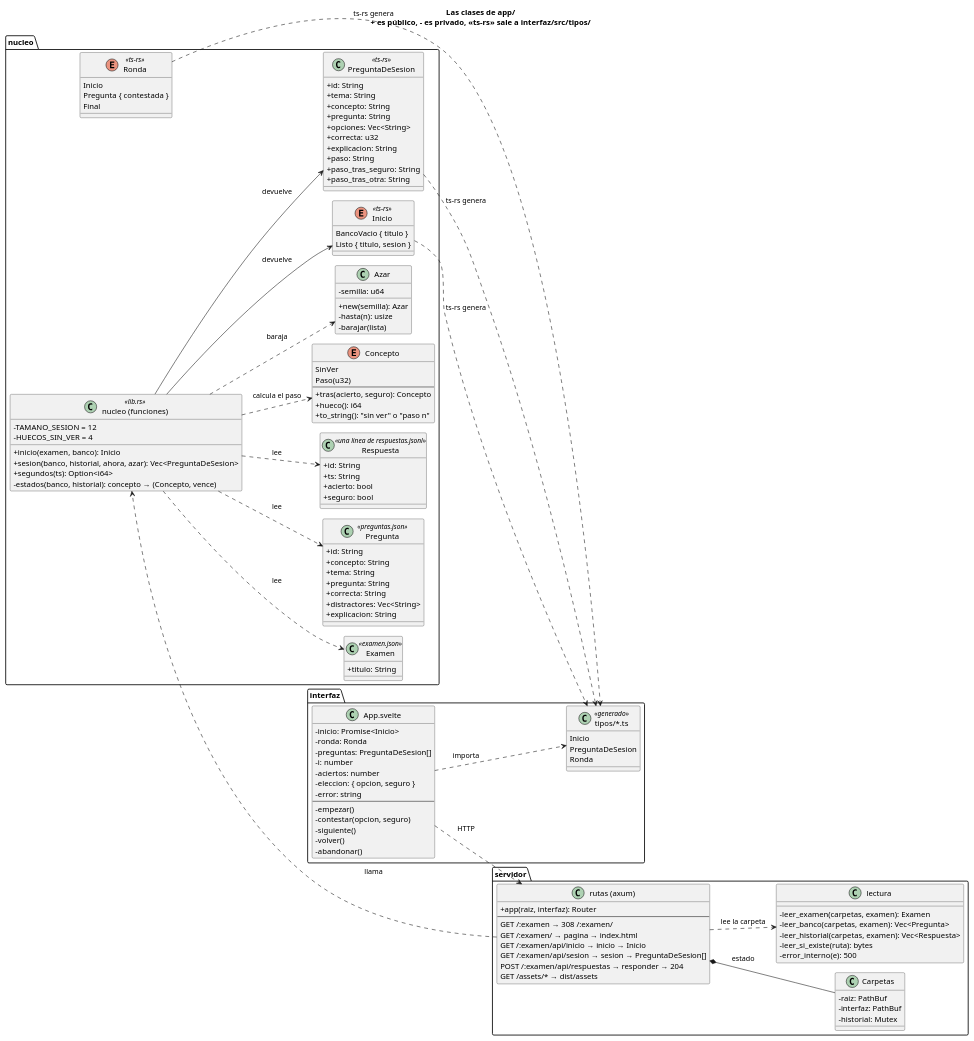
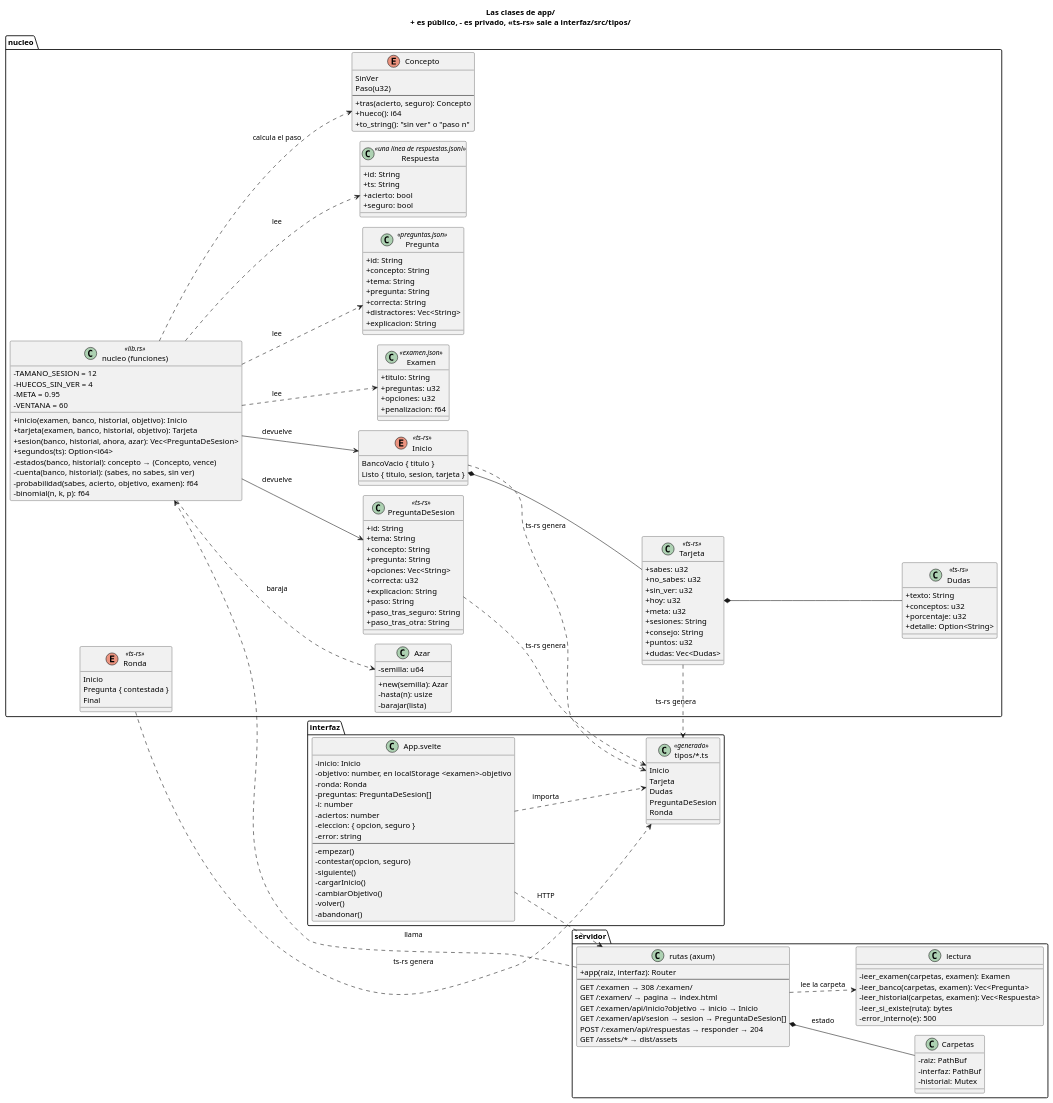
The first of 3 diagrams in docs/el-diagrama.puml (jfdg01/examenes), drawn with PlantUML before and after one commit. The commit also changed other lines of this file, not shown here.

Commit message:
docs: el diagrama lleva la tarjeta de la nota y el objetivo del inicio
Claude-Session: https://claude.ai/code/session_01H2CpDhbgy9yBNFceBy5SeG

```diff
--- a/docs/el-diagrama.puml
+++ b/docs/el-diagrama.puml
@@ -6,135 +6,169 @@
 @startuml las-clases
 !pragma layout smetana
 skinparam classAttributeIconSize 0
 skinparam shadowing false
 title Las clases de app/\n+ es público, - es privado, <<ts-rs>> sale a interfaz/src/tipos/
 left to right direction
 
 package nucleo {
   class Examen <<examen.json>> {
     +titulo: String
+    +preguntas: u32
+    +opciones: u32
+    +penalizacion: f64
   }
   class Pregunta <<preguntas.json>> {
     +id: String
     +concepto: String
     +tema: String
     +pregunta: String
     +correcta: String
     +distractores: Vec<String>
     +explicacion: String
   }
   class Respuesta <<una línea de respuestas.jsonl>> {
     +id: String
     +ts: String
     +acierto: bool
     +seguro: bool
   }
   enum Concepto {
     SinVer
     Paso(u32)
     --
     +tras(acierto, seguro): Concepto
     +hueco(): i64
     +to_string(): "sin ver" o "paso n"
   }
   class Azar {
     -semilla: u64
     +new(semilla): Azar
     -hasta(n): usize
     -barajar(lista)
   }
   enum Inicio <<ts-rs>> {
     BancoVacio { titulo }
-    Listo { titulo, sesion }
+    Listo { titulo, sesion, tarjeta }
+  }
+  class Tarjeta <<ts-rs>> {
+    +sabes: u32
+    +no_sabes: u32
+    +sin_ver: u32
+    +hoy: u32
+    +meta: u32
+    +sesiones: String
+    +consejo: String
+    +puntos: u32
+    +dudas: Vec<Dudas>
+  }
+  class Dudas <<ts-rs>> {
+    +texto: String
+    +conceptos: u32
+    +porcentaje: u32
+    +detalle: Option<String>
   }
   class PreguntaDeSesion <<ts-rs>> {
     +id: String
     +tema: String
     +concepto: String
     +pregunta: String
     +opciones: Vec<String>
     +correcta: u32
     +explicacion: String
     +paso: String
     +paso_tras_seguro: String
     +paso_tras_otra: String
   }
   enum Ronda <<ts-rs>> {
     Inicio
     Pregunta { contestada }
     Final
   }
   class "nucleo (funciones)" as funciones <<lib.rs>> {
     -TAMANO_SESION = 12
     -HUECOS_SIN_VER = 4
-    +inicio(examen, banco): Inicio
+    -META = 0.95
+    -VENTANA = 60
+    +inicio(examen, banco, historial, objetivo): Inicio
+    +tarjeta(examen, banco, historial, objetivo): Tarjeta
     +sesion(banco, historial, ahora, azar): Vec<PreguntaDeSesion>
     +segundos(ts): Option<i64>
     -estados(banco, historial): concepto → (Concepto, vence)
+    -cuenta(banco, historial): (sabes, no sabes, sin ver)
+    -probabilidad(sabes, acierto, objetivo, examen): f64
+    -binomial(n, k, p): f64
   }
 }
 
 package servidor {
   class Carpetas {
     -raiz: PathBuf
     -interfaz: PathBuf
     -historial: Mutex
   }
   class "rutas (axum)" as rutas {
     +app(raiz, interfaz): Router
     --
     GET /:examen → 308 /:examen/
     GET /:examen/ → pagina → index.html
-    GET /:examen/api/inicio → inicio → Inicio
+    GET /:examen/api/inicio?objetivo → inicio → Inicio
     GET /:examen/api/sesion → sesion → PreguntaDeSesion[]
     POST /:examen/api/respuestas → responder → 204
     GET /assets/* → dist/assets
   }
   class "lectura" as lectura {
     -leer_examen(carpetas, examen): Examen
     -leer_banco(carpetas, examen): Vec<Pregunta>
     -leer_historial(carpetas, examen): Vec<Respuesta>
     -leer_si_existe(ruta): bytes
     -error_interno(e): 500
   }
 }
 
 package interfaz {
   class "App.svelte" as App {
-    -inicio: Promise<Inicio>
+    -inicio: Inicio
+    -objetivo: number, en localStorage <examen>-objetivo
     -ronda: Ronda
     -preguntas: PreguntaDeSesion[]
     -i: number
     -aciertos: number
     -eleccion: { opcion, seguro }
     -error: string
     --
     -empezar()
     -contestar(opcion, seguro)
     -siguiente()
+    -cargarInicio()
+    -cambiarObjetivo()
     -volver()
     -abandonar()
   }
   class "tipos/*.ts" as tipos <<generado>> {
     Inicio
+    Tarjeta
+    Dudas
     PreguntaDeSesion
     Ronda
   }
 }
 
 funciones ..> Examen : lee
 funciones ..> Pregunta : lee
 funciones ..> Respuesta : lee
 funciones ..> Concepto : calcula el paso
 funciones ..> Azar : baraja
 funciones --> Inicio : devuelve
+Inicio *-- Tarjeta
+Tarjeta *-- Dudas
 funciones --> PreguntaDeSesion : devuelve
 rutas *-- Carpetas : estado
 rutas ..> lectura : lee la carpeta
 rutas ..> funciones : llama
 Inicio ..> tipos : ts-rs genera
+Tarjeta ..> tipos : ts-rs genera
 PreguntaDeSesion ..> tipos : ts-rs genera
 Ronda ..> tipos : ts-rs genera
 App ..> tipos : importa
 App ..> rutas : HTTP
 @enduml
```
